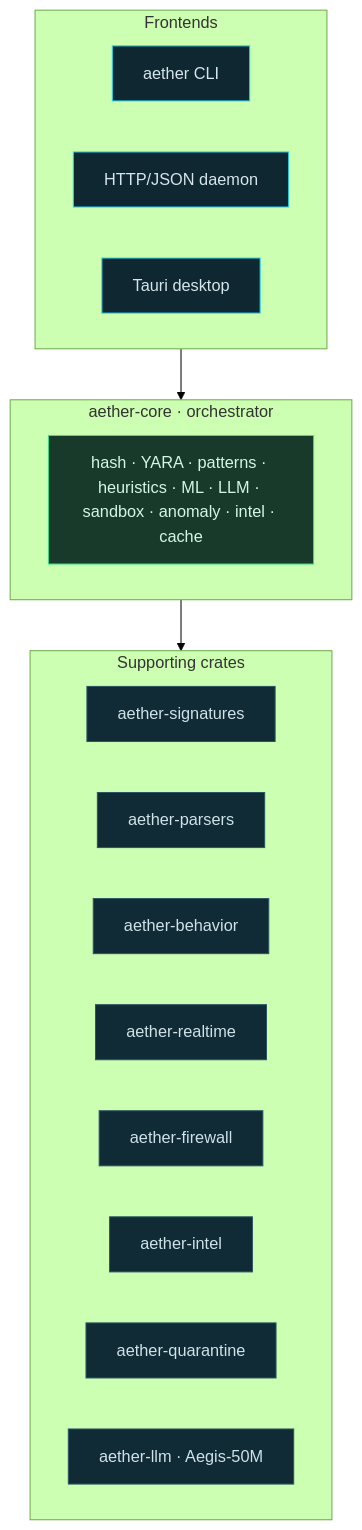
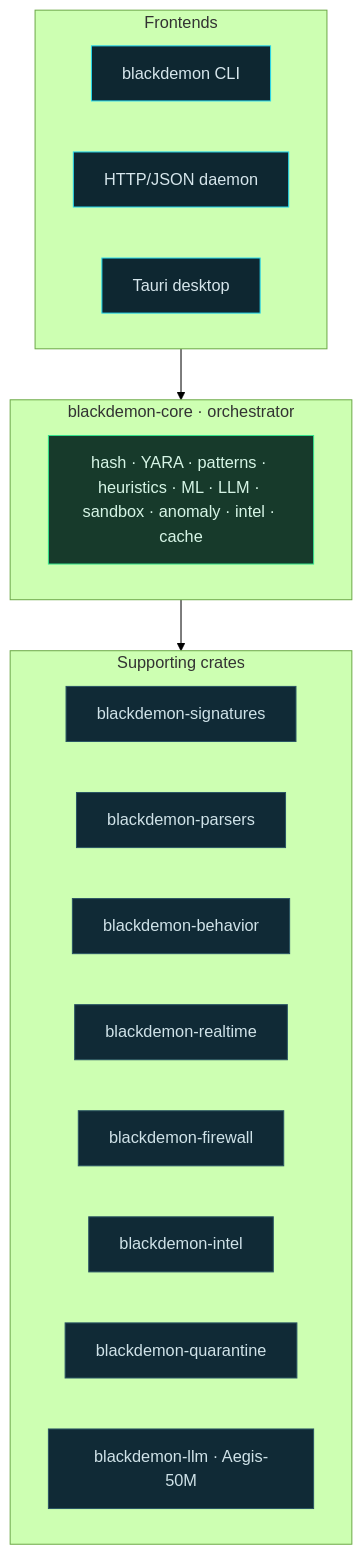
The fifth of 5 diagrams in README.md (Blackdemon200/BlackDemon-Anti-Virus), drawn with Mermaid (forest theme) before and after one commit. The commit also changed other lines of this file and 261 other files, not shown here.

Commit message:
Complete rebranding to BlackDemon AV: assets, graphics, engine crates, configs and CI/CD

````diff
--- a/README.md
+++ b/README.md
@@ -348,29 +348,29 @@
 ```mermaid
 flowchart TD
     subgraph FRONT [Frontends]
-      CLI[aether CLI]
+      CLI[blackdemon CLI]
       DAEMON[HTTP/JSON daemon]
       GUI[Tauri desktop]
     end
-    subgraph CORE [aether-core · orchestrator]
+    subgraph CORE [blackdemon-core · orchestrator]
       ENGINES[hash · YARA · patterns · heuristics · ML · LLM · sandbox · anomaly · intel · cache]
     end
     subgraph SUP [Supporting crates]
-      SIG[aether-signatures]
-      PAR[aether-parsers]
-      BEH[aether-behavior]
-      RT[aether-realtime]
-      FW[aether-firewall]
-      INTEL[aether-intel]
-      QUAR[aether-quarantine]
-      LLM[aether-llm · Aegis-50M]
+      SIG[blackdemon-signatures]
+      PAR[blackdemon-parsers]
+      BEH[blackdemon-behavior]
+      RT[blackdemon-realtime]
+      FW[blackdemon-firewall]
+      INTEL[blackdemon-intel]
+      QUAR[blackdemon-quarantine]
+      LLM[blackdemon-llm · Aegis-50M]
     end
     FRONT --> CORE --> SUP
 
     classDef f fill:#0e2731,stroke:#27d8ee,color:#d6e6ec
     classDef c fill:#173a2b,stroke:#34e08a,color:#d6f5e6
     classDef s fill:#102a36,stroke:#2a5563,color:#cfe2e8
     class CLI,DAEMON,GUI f
     class ENGINES c
     class SIG,PAR,BEH,RT,FW,INTEL,QUAR,LLM s
 ```
````
